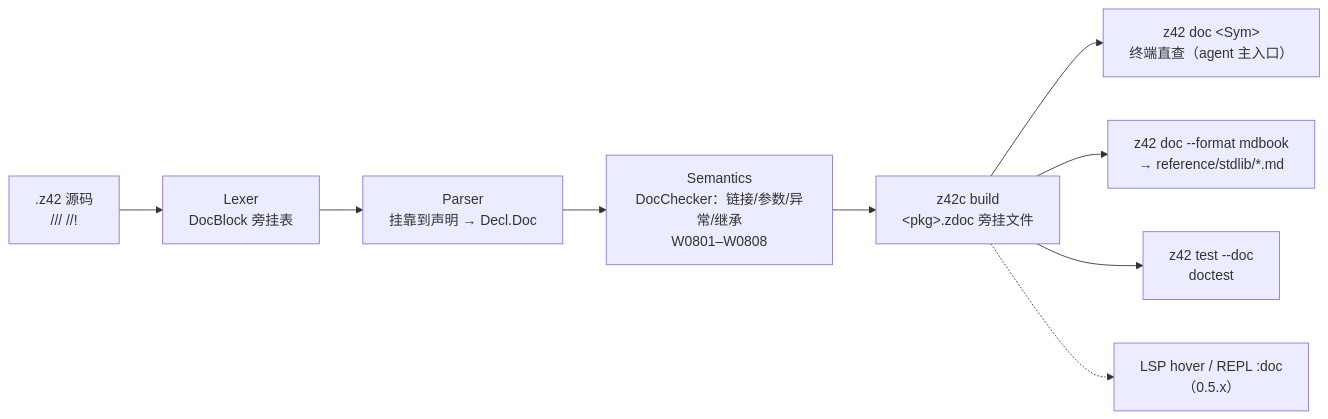
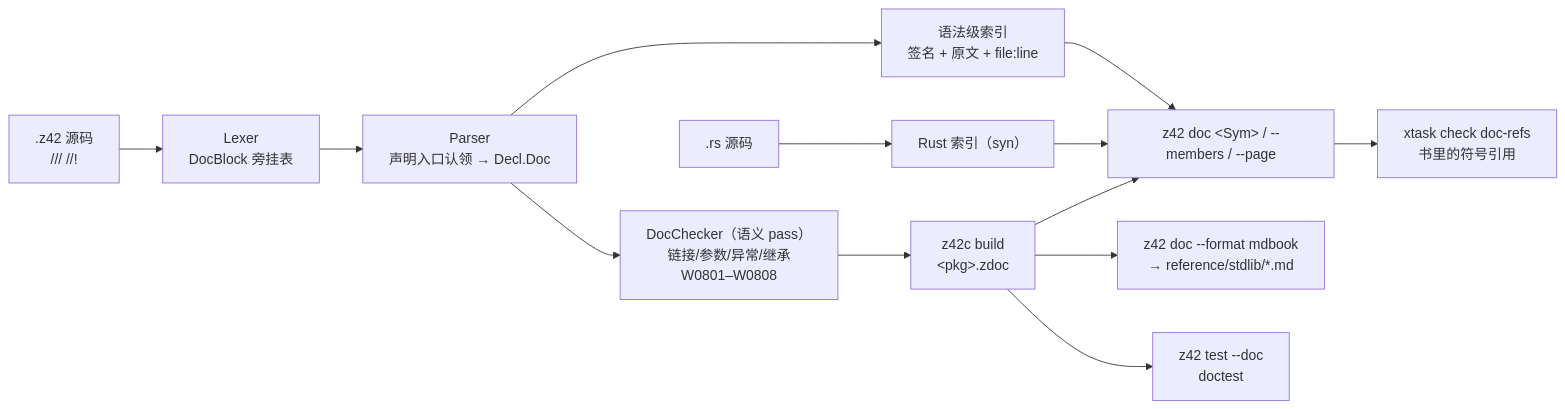
One commit to z42-lang/z42 changed the diagram in docs/z42-doc.md. Above: the diagram before and after it, drawn with Mermaid. The commit also changed other lines of this file and 12 other files, not shown here.

````diff
--- a/docs/z42-doc.md
+++ b/docs/z42-doc.md
@@ -181,11 +197,15 @@
 ```mermaid
 flowchart LR
   src[".z42 源码<br/>/// //!"] --> lex["Lexer<br/>DocBlock 旁挂表"]
-  lex --> parse["Parser<br/>挂靠到声明 → Decl.Doc"]
-  parse --> sem["Semantics<br/>DocChecker：链接/参数/异常/继承<br/>W0801–W0808"]
-  sem --> emit["z42c build<br/>&lt;pkg&gt;.zdoc 旁挂文件"]
-  emit --> q["z42 doc &lt;Sym&gt;<br/>终端直查（agent 主入口）"]
+  lex --> parse["Parser<br/>声明入口认领 → Decl.Doc"]
+  parse --> idx["语法级索引<br/>签名 + 原文 + file:line"]
+  parse --> sem["DocChecker（语义 pass）<br/>链接/参数/异常/继承<br/>W0801–W0808"]
+  rs[".rs 源码"] --> ridx["Rust 索引（syn）"]
+  sem --> emit["z42c build<br/>&lt;pkg&gt;.zdoc"]
+  idx --> q["z42 doc &lt;Sym&gt; / --members / --page"]
+  ridx --> q
+  emit --> q
   emit --> md["z42 doc --format mdbook<br/>→ reference/stdlib/*.md"]
   emit --> dt["z42 test --doc<br/>doctest"]
-  emit -.-> lsp["LSP hover / REPL :doc<br/>（0.5.x）"]
+  q --> chk["xtask check doc-refs<br/>书里的符号引用"]
 ```
````
